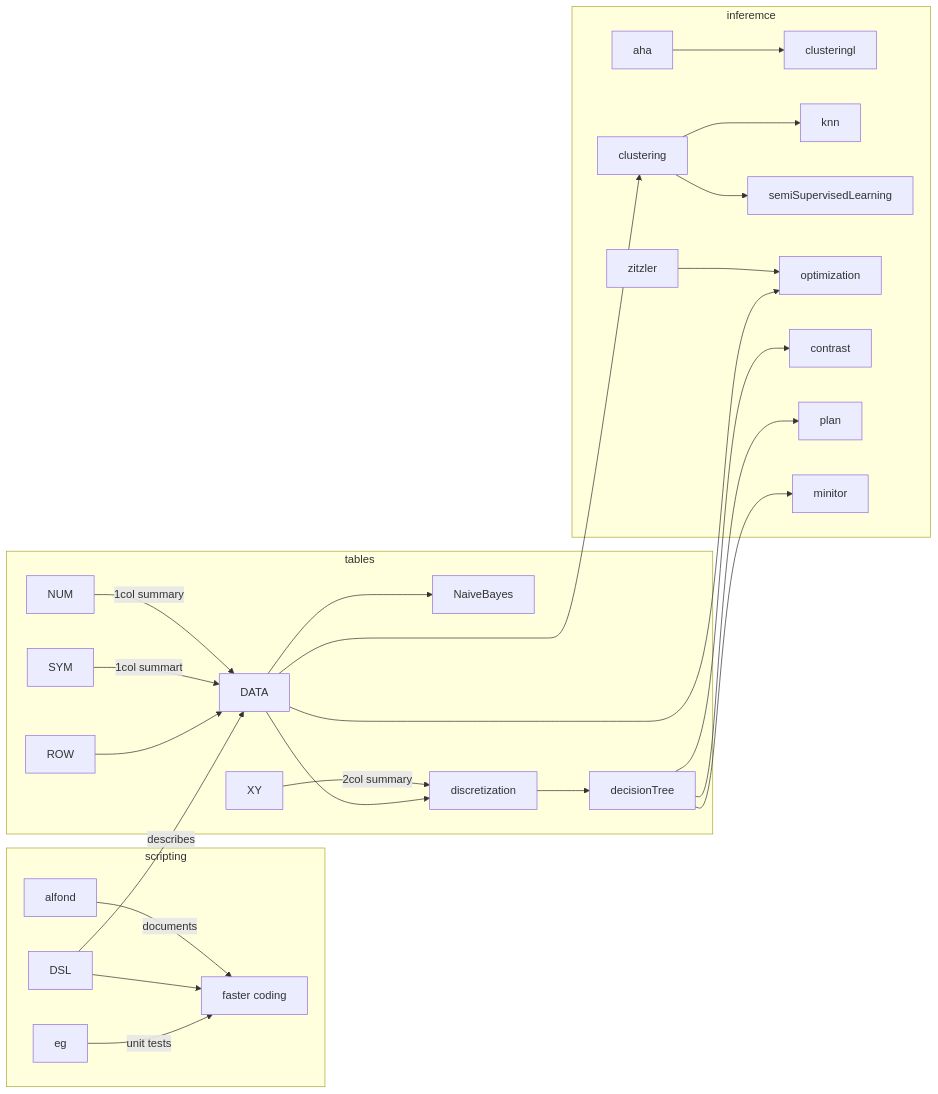
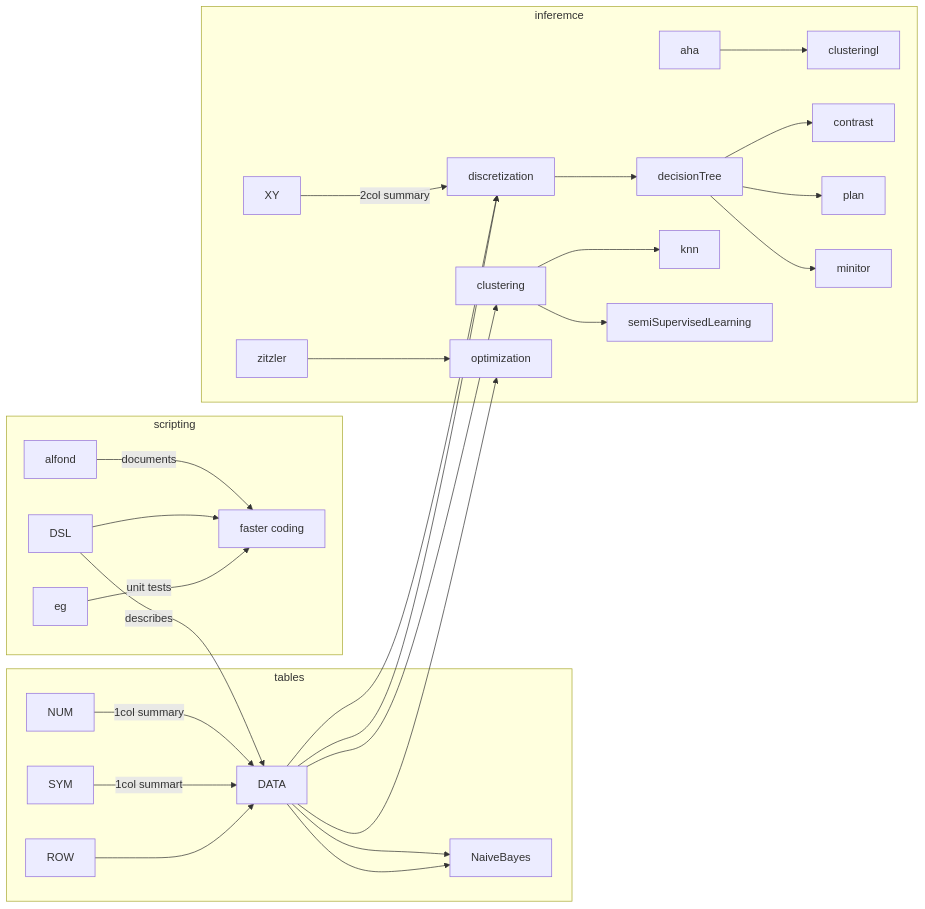
The diagram in README.md (timm/tested), drawn with Mermaid before and after one commit.

````diff
--- a/README.md
+++ b/README.md
@@ -24,31 +24,33 @@
 ```mermaid
 graph LR;
     subgraph scripting
        C[faster coding];
        alfond-- documents --> C;
        DSL-->C;
        eg-- unit tests -->C;
     end
        DSL-- describes -->DATA;
 
     subgraph tables
   NUM-- 1col summary -->DATA-->NaiveBayes;
 	   SYM -- 1col summart -->DATA;
-	    XY -- 2col summary -->discretization -->decisionTree
 	    ROW-->DATA;
 
     end
 
     subgraph inferemce
+	    XY -- 2col summary -->discretization -->decisionTree
+	  	    DATA-->discretization;
+	  	    DATA-->NaiveBayes;
 	  	    DATA-->clustering;
 	    aha-->clusteringl
 	    clustering-->knn;
 	    clustering-->semiSupervisedLearning;
 	    zitzler-->optimization;
 	    DATA-->optimization;
 	    DATA-->discretization 
 	    decisionTree-->contrast;
 	    decisionTree-->plan;
 	    decisionTree-->minitor;
     end
 ```
````
